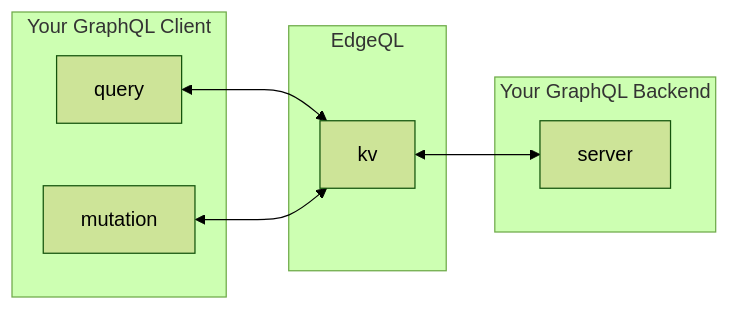
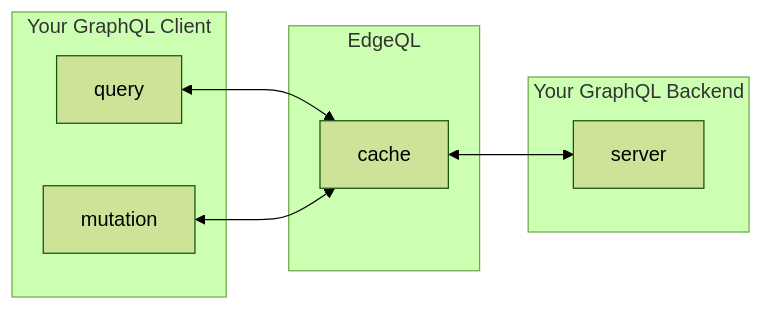
Before and after one commit to 0bl/edgeql: the diagram in README.md, drawn with Mermaid (forest theme).

Commit message:
kv -> cache

````diff
--- a/README.md
+++ b/README.md
@@ -7,19 +7,19 @@
 ```mermaid
 flowchart LR
     subgraph Client[Your GraphQL Client]
         query
         mutation
     end
 
     subgraph EdgeQL
-        kv
+        cache
     end
 
     subgraph Backend[Your GraphQL Backend]
         server
     end
 
-    query <--> kv
-    mutation <--> kv
-    kv <--> server
+    query <--> cache
+    mutation <--> cache
+    cache <--> server
 ```
````
